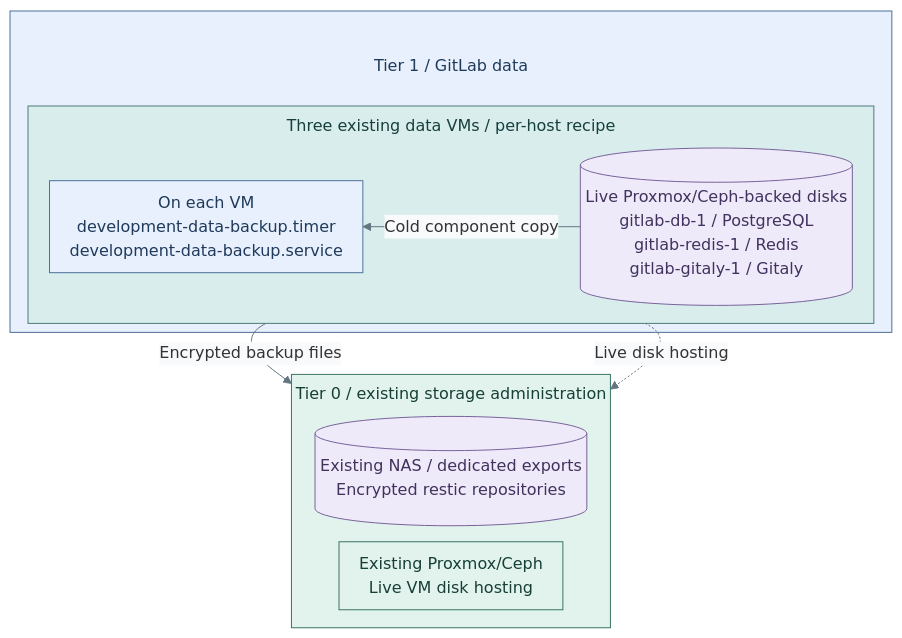
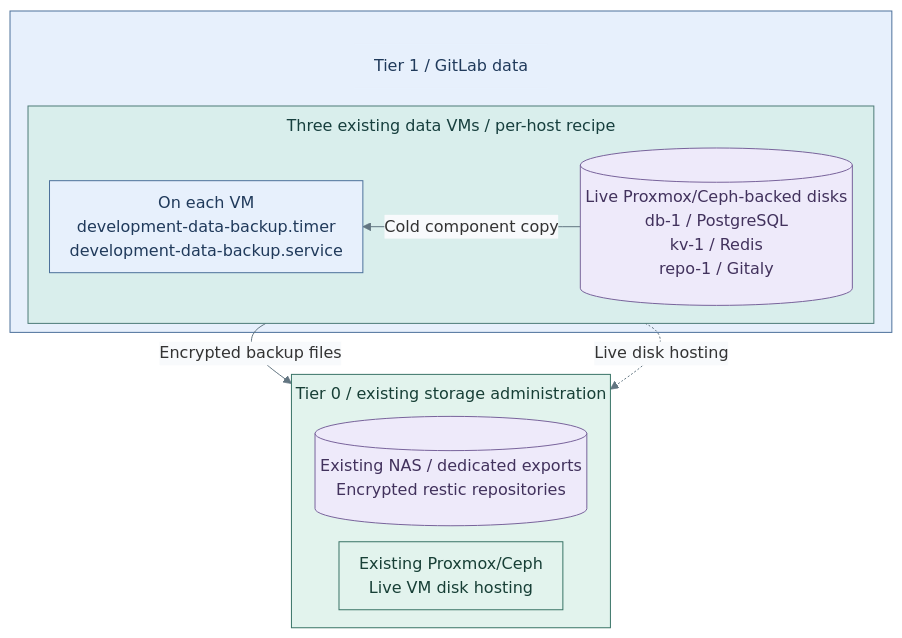
The diagram in docs/administration/backups/gitlab-data.md (Rexus/homelab), drawn with Mermaid before and after one commit. The commit also changed 78 other files, not shown here.

````diff
--- a/docs/administration/backups/gitlab-data.md
+++ b/docs/administration/backups/gitlab-data.md
@@ -47,32 +47,32 @@
 ```mermaid
 %%{init: {"theme":"base","flowchart":{"nodeSpacing":16,"rankSpacing":18,"padding":10,"wrappingWidth":350,"subGraphTitleMargin":{"top":8,"bottom":16}},"themeVariables":{"lineColor":"#627581","edgeLabelBackground":"#f8fafc"}}}%%
 flowchart TB
   subgraph T1[" "]
     T1Title["Tier 1 / GitLab data"]
     subgraph VMs["Three existing data VMs / per-host recipe"]
       direction RL
-      Disks[("Live Proxmox/Ceph-backed disks<br/>gitlab-db-1 / PostgreSQL<br/>gitlab-redis-1 / Redis<br/>gitlab-gitaly-1 / Gitaly")]
+      Disks[("Live Proxmox/Ceph-backed disks<br/>db-1 / PostgreSQL<br/>kv-1 / Redis<br/>repo-1 / Gitaly")]
       Jobs["On each VM<br/>development-data-backup.timer<br/>development-data-backup.service"]
       Disks -->|Cold component copy| Jobs
     end
     T1Title ~~~ VMs
   end
   subgraph T0["Tier 0 / existing storage administration"]
     direction LR
     NAS[("Existing NAS / dedicated exports<br/>Encrypted restic repositories")]
     PVE["Existing Proxmox/Ceph<br/>Live VM disk hosting"]
   end
   VMs -->|Encrypted backup files| NAS
   VMs -. Live disk hosting .-> PVE
   classDef default fill:#f8fafc,stroke:#64748b,color:#1f2937
   classDef services fill:#e7f0fc,stroke:#4d719b,color:#203a5b
   classDef runtime fill:#d9eeec,stroke:#4d7b77,color:#173f3e
   classDef control fill:#e2f3ed,stroke:#397366,color:#173f36
   classDef data fill:#eeeafa,stroke:#78639b,color:#42325d
   classDef servicesHeading fill:#e7f0fc,stroke:#e7f0fc,color:#203a5b
   class T1,Jobs services
   class T1Title servicesHeading
   class VMs runtime
   class T0,PVE control
   class Disks,NAS data
 ```
````
